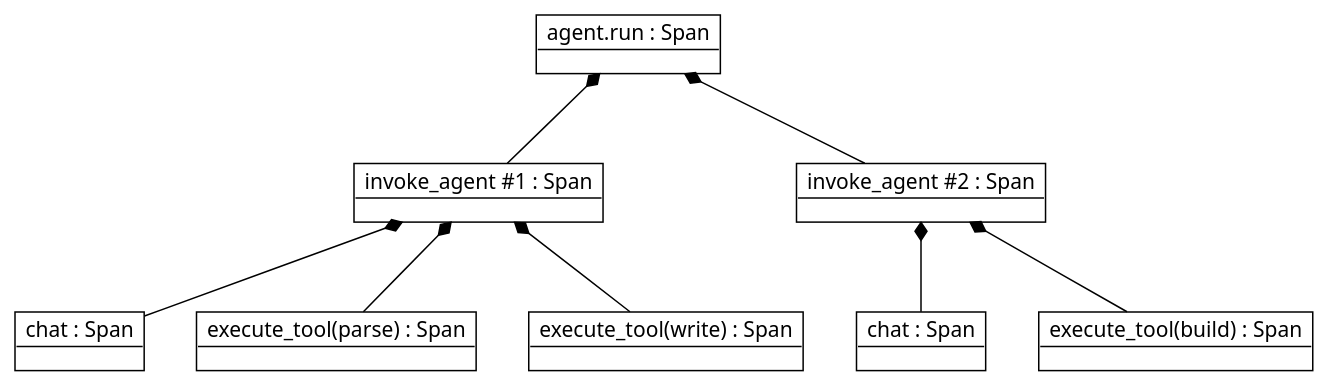
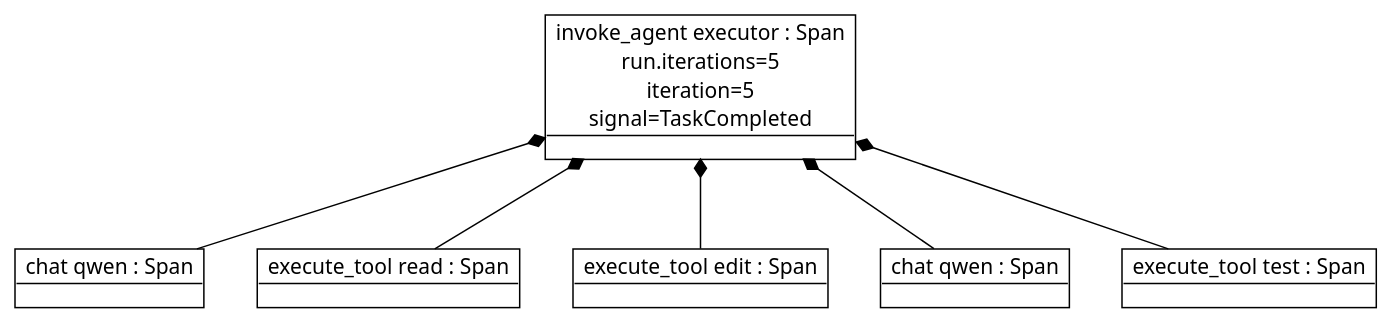
The diagram in design-patterns/figures/fig-23-span-tree.puml (Acharya320/declarative-agents), drawn with PlantUML before and after one commit. The commit also changed 4 other files, not shown here.

```diff
--- a/design-patterns/figures/fig-23-span-tree.puml
+++ b/design-patterns/figures/fig-23-span-tree.puml
@@ -1,20 +1,16 @@
 @startuml
 !theme plain
 
-object "agent.run : Span" as AR
-object "invoke_agent #1 : Span" as IA1
-object "invoke_agent #2 : Span" as IA2
-object "chat : Span" as C1
-object "execute_tool(parse) : Span" as ET1
-object "execute_tool(write) : Span" as ET2
-object "chat : Span" as C2
-object "execute_tool(build) : Span" as ET3
+object "invoke_agent executor : Span\nrun.iterations=5\niteration=5\nsignal=TaskCompleted" as AR
+object "chat qwen : Span" as C1
+object "execute_tool read : Span" as ET1
+object "execute_tool edit : Span" as ET2
+object "chat qwen : Span" as C2
+object "execute_tool test : Span" as ET3
 
-AR *-- IA1
-AR *-- IA2
-IA1 *-- C1
-IA1 *-- ET1
-IA1 *-- ET2
-IA2 *-- C2
-IA2 *-- ET3
+AR *-- C1
+AR *-- ET1
+AR *-- ET2
+AR *-- C2
+AR *-- ET3
 @enduml
```
